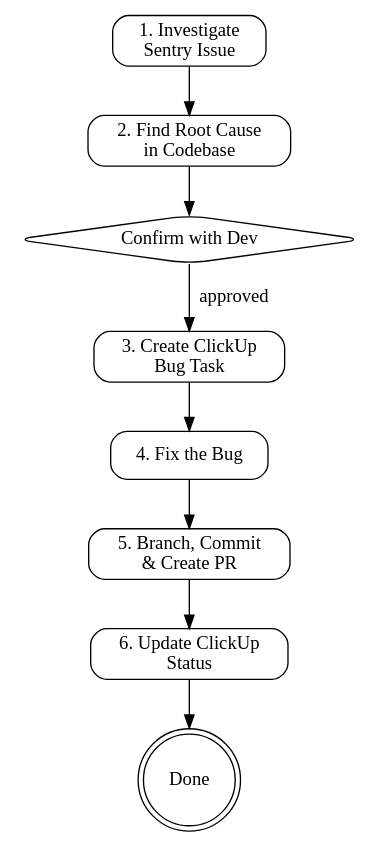
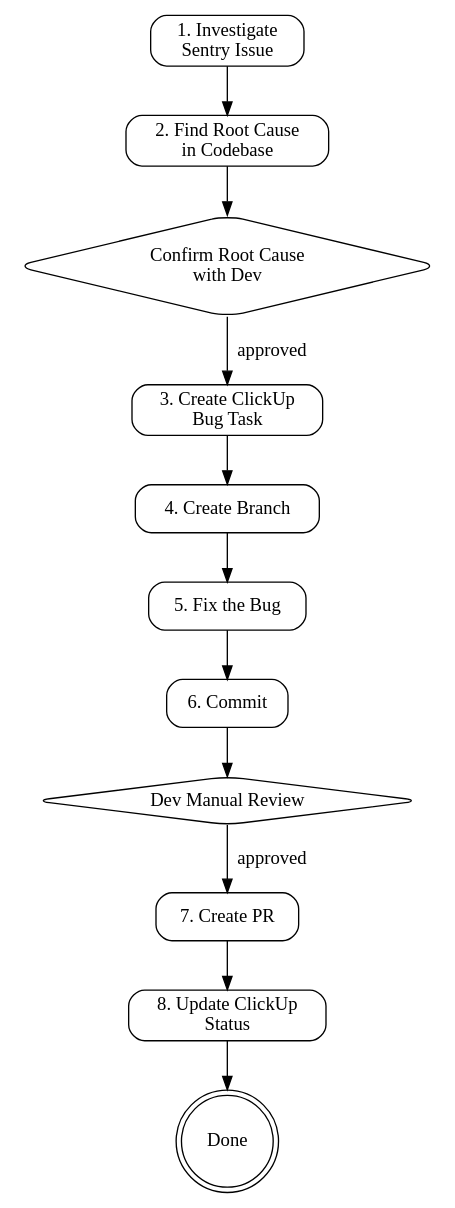
Before and after one commit to quynhlx/sbox-bugfix-pipeline: the diagram in skills/sentry-to-pr/SKILL.md, drawn with Graphviz. The commit also changed other lines of this file and 2 other files, not shown here.

````diff
--- a/skills/sentry-to-pr/SKILL.md
+++ b/skills/sentry-to-pr/SKILL.md
@@ -24,23 +24,29 @@
 ```dot
 digraph sentry_to_pr {
     rankdir=TB;
     node [shape=box, style=rounded];
 
     investigate [label="1. Investigate\nSentry Issue"];
     rootcause [label="2. Find Root Cause\nin Codebase"];
-    confirm [label="Confirm with Dev", shape=diamond];
+    confirm1 [label="Confirm Root Cause\nwith Dev", shape=diamond];
     clickup [label="3. Create ClickUp\nBug Task"];
-    fix [label="4. Fix the Bug"];
-    branch [label="5. Branch, Commit\n& Create PR"];
-    update [label="6. Update ClickUp\nStatus"];
+    branch [label="4. Create Branch"];
+    fix [label="5. Fix the Bug"];
+    commit [label="6. Commit"];
+    review [label="Dev Manual Review", shape=diamond];
+    pr [label="7. Create PR"];
+    update [label="8. Update ClickUp\nStatus"];
     done [label="Done", shape=doublecircle];
 
     investigate -> rootcause;
-    rootcause -> confirm;
-    confirm -> clickup [label="approved"];
-    clickup -> fix;
-    fix -> branch;
-    branch -> update;
+    rootcause -> confirm1;
+    confirm1 -> clickup [label="approved"];
+    clickup -> branch;
+    branch -> fix;
+    fix -> commit;
+    commit -> review;
+    review -> pr [label="approved"];
+    pr -> update;
     update -> done;
 }
 ```
````
